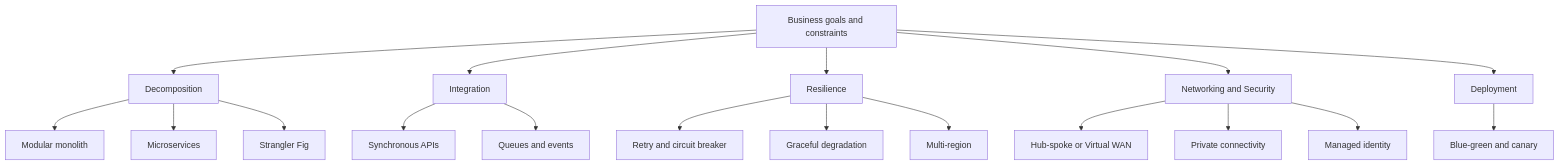
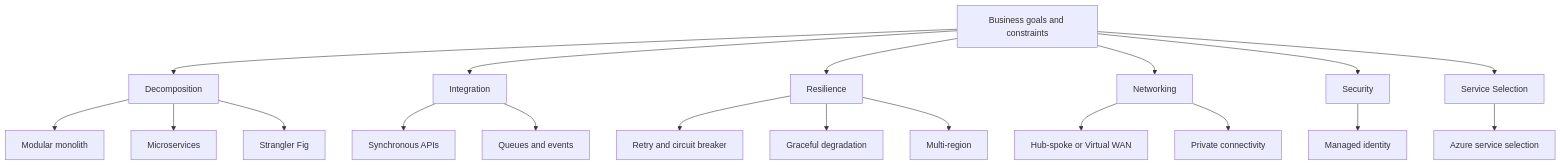
The diagram in docs/patterns/index.md (yeongseon/azure-architecture-practical-guide), drawn with Mermaid before and after one commit. The commit also changed other lines of this file and 31 other files, not shown here.

````diff
--- a/docs/patterns/index.md
+++ b/docs/patterns/index.md
@@ -58,20 +60,21 @@
 ```mermaid
 flowchart TD
     A[Business goals and constraints] --> B[Decomposition]
     A --> C[Integration]
     A --> D[Resilience]
-    A --> E[Networking and Security]
-    A --> F[Deployment]
+    A --> E[Networking]
+    A --> F[Security]
+    A --> G[Service Selection]
     B --> B1[Modular monolith]
     B --> B2[Microservices]
     B --> B3[Strangler Fig]
     C --> C1[Synchronous APIs]
     C --> C2[Queues and events]
     D --> D1[Retry and circuit breaker]
     D --> D2[Graceful degradation]
     D --> D3[Multi-region]
     E --> E1[Hub-spoke or Virtual WAN]
     E --> E2[Private connectivity]
-    E --> E3[Managed identity]
-    F --> F1[Blue-green and canary]
+    F --> F1[Managed identity]
+    G --> G1[Azure service selection]
 ```
````
